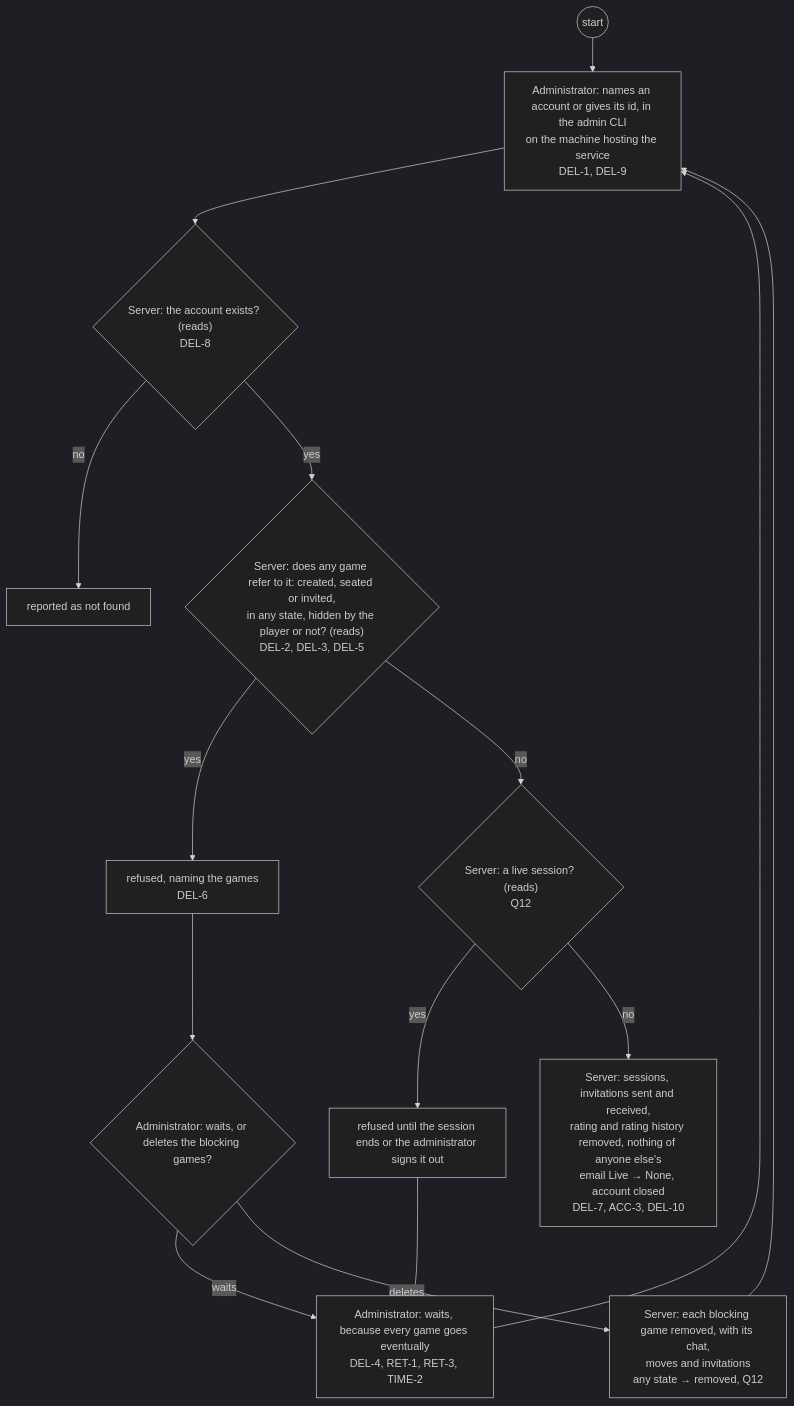
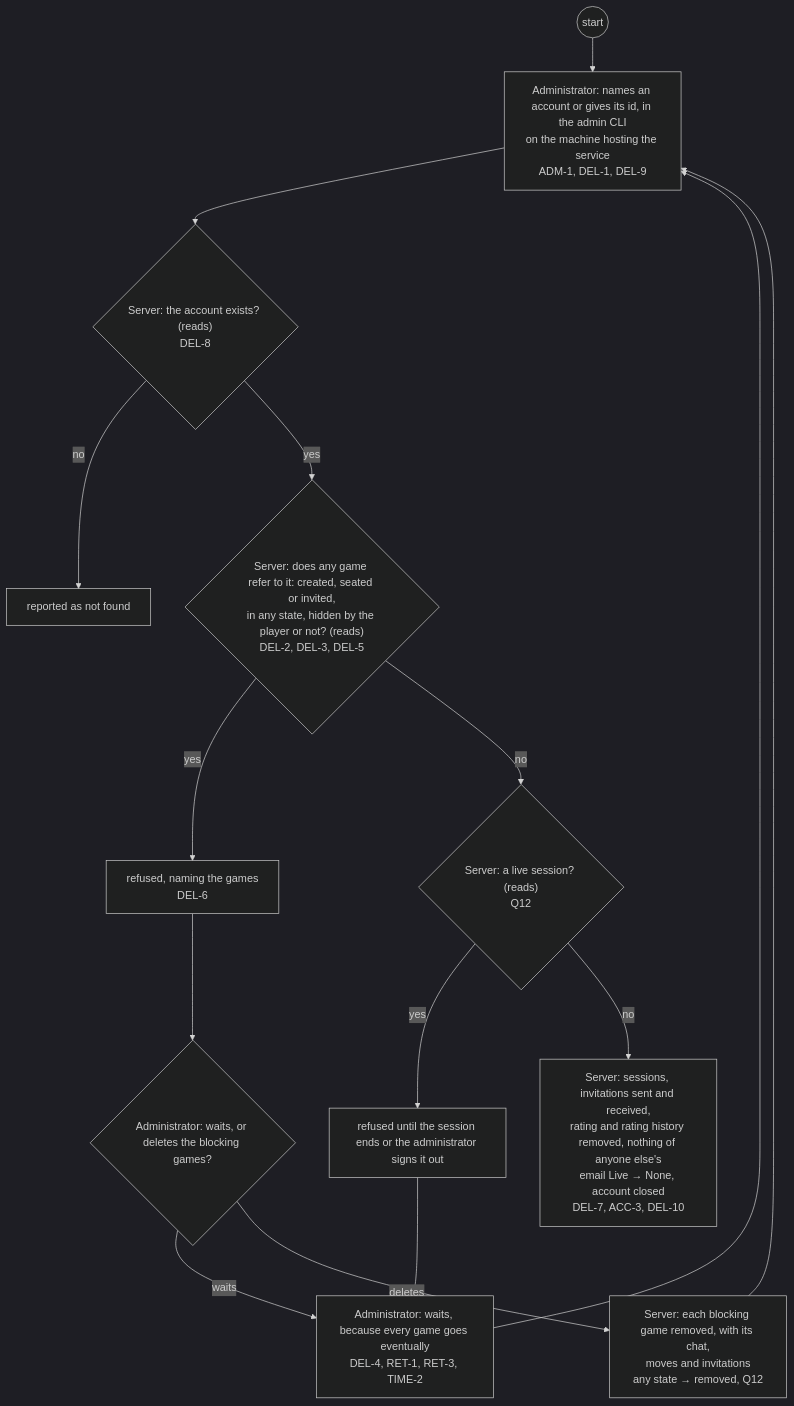
Before and after one commit to delphside/tile-lite-elite: diagram 26 of 29 in docs/changes/workstreams/application-game-architecture/71-one-game-model/71-functional.md, drawn with Mermaid (dark theme). The commit also changed other lines of this file and 2 other files, not shown here.

First line of the commit message:
app 0.9.2 api 2.16: GAME-11 force-end, ADM-1 administrators need the host

````diff
--- a/docs/changes/workstreams/application-game-architecture/71-one-game-model/71-functional.md
+++ b/docs/changes/workstreams/application-game-architecture/71-one-game-model/71-functional.md
@@ -449,17 +452,17 @@
 ```mermaid
 flowchart TD
-  s0((start)) --> a1["Administrator: names an account or gives its id, in the admin CLI<br/>on the machine hosting the service<br/>DEL-1, DEL-9"]
+  s0((start)) --> a1["Administrator: names an account or gives its id, in the admin CLI<br/>on the machine hosting the service<br/>ADM-1, DEL-1, DEL-9"]
   a1 --> v1{"Server: the account exists? (reads)<br/>DEL-8"}
   v1 -- no --> r1["reported as not found"]
   v1 -- yes --> v2{"Server: does any game refer to it: created, seated or invited,<br/>in any state, hidden by the player or not? (reads)<br/>DEL-2, DEL-3, DEL-5"}
   v2 -- yes --> r2["refused, naming the games<br/>DEL-6"]
   r2 --> d3{"Administrator: waits, or deletes the blocking games?"}
   d3 -- waits --> w1["Administrator: waits, because every game goes eventually<br/>DEL-4, RET-1, RET-3, TIME-2"]
   d3 -- deletes --> g1["Server: each blocking game removed, with its chat,<br/>moves and invitations<br/>any state → removed, Q12"]
   g1 --> a1
   w1 --> a1
   v2 -- no --> v3{"Server: a live session? (reads)<br/>Q12"}
   v3 -- yes --> r3["refused until the session ends or the administrator signs it out"]
   r3 --> w1
   v3 -- no --> t1["Server: sessions, invitations sent and received,<br/>rating and rating history removed, nothing of anyone else's<br/>email Live → None, account closed<br/>DEL-7, ACC-3, DEL-10"]
 ```
````
